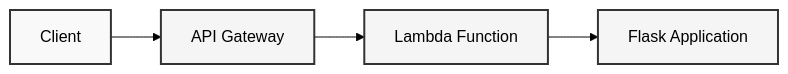
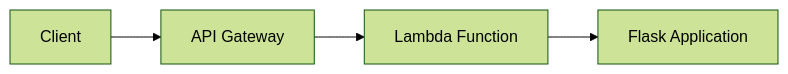
One commit to pulumi/workshops changed the diagram in aws-intro-python/README.md. Above: the diagram before and after it, drawn with Mermaid (forest theme). The commit also changed 2 other files, not shown here.

Commit message:
Remove unnecessary styles in README, refine section titles in demo.md, and update cleanup function comment in functions script.

````diff
--- a/aws-intro-python/README.md
+++ b/aws-intro-python/README.md
@@ -7,11 +7,6 @@
 ```mermaid
 graph LR
     Client[Client] --> API[API Gateway]
     API --> Lambda[Lambda Function]
     Lambda --> Flask[Flask Application]
-    
-    style Client fill:#f9f9f9,stroke:#333,stroke-width:2px
-    style API fill:#f5f5f5,stroke:#333,stroke-width:2px
-    style Lambda fill:#f5f5f5,stroke:#333,stroke-width:2px
-    style Flask fill:#f5f5f5,stroke:#333,stroke-width:2px
 ```
````
